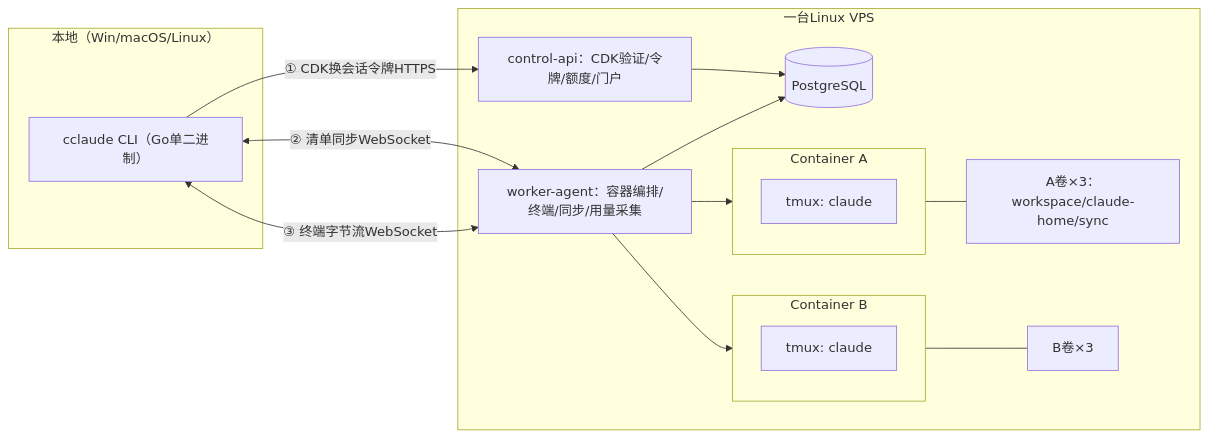
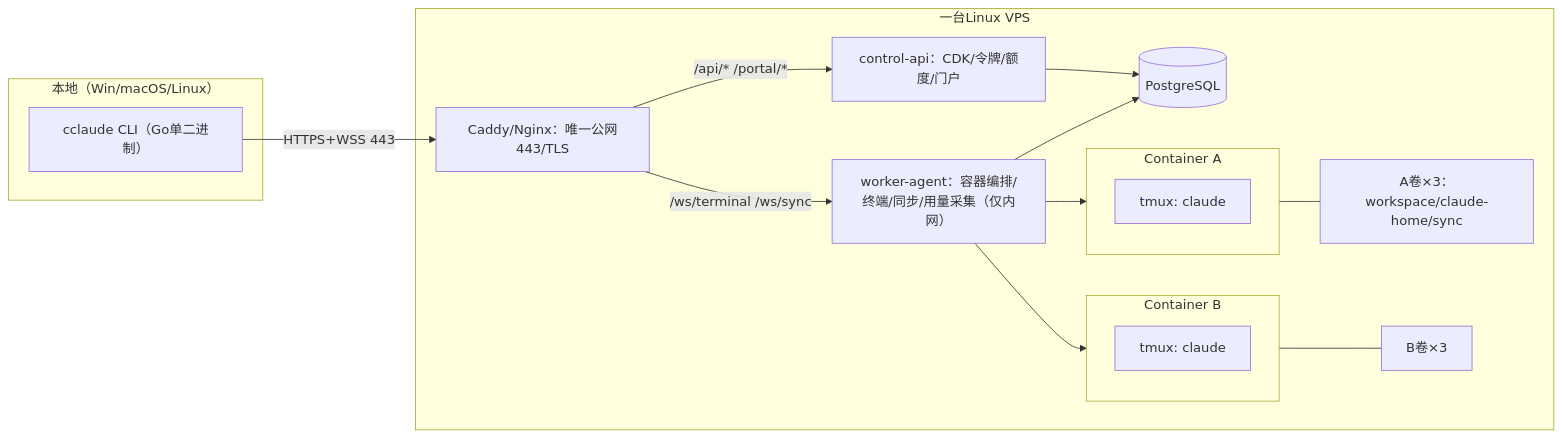
Before and after one commit to zhangcm3581/ccw: the diagram in docs/superpowers/specs/2026-07-19-remote-claude-workspace-design.md, drawn with Mermaid. The commit also changed other lines of this file and 3 other files, not shown here.

````diff
--- a/docs/superpowers/specs/2026-07-19-remote-claude-workspace-design.md
+++ b/docs/superpowers/specs/2026-07-19-remote-claude-workspace-design.md
@@ -64,27 +67,28 @@
 ```mermaid
 flowchart LR
     subgraph LOCAL["本地（Win/macOS/Linux）"]
         CLI["cclaude CLI（Go单二进制）"]
     end
     subgraph VPS["一台Linux VPS"]
-        API["control-api：CDK验证/令牌/额度/门户"]
-        AGENT["worker-agent：容器编排/终端/同步/用量采集"]
+        RP["Caddy/Nginx：唯一公网443/TLS"]
+        API["control-api：CDK/令牌/额度/门户"]
+        AGENT["worker-agent：容器编排/终端/同步/用量采集（仅内网）"]
         DB[("PostgreSQL")]
         subgraph CA["Container A"]
             TA["tmux: claude"]
         end
         subgraph CB["Container B"]
             TB["tmux: claude"]
         end
         VOLA["A卷×3：workspace/claude-home/sync"]
         VOLB["B卷×3"]
     end
-    CLI -->|"① CDK换会话令牌HTTPS"| API
-    CLI <-->|"② 清单同步WebSocket"| AGENT
-    CLI <-->|"③ 终端字节流WebSocket"| AGENT
+    CLI -->|"HTTPS+WSS 443"| RP
+    RP -->|"/api/* /portal/*"| API
+    RP -->|"/ws/terminal /ws/sync"| AGENT
     API --> DB
     AGENT --> DB
     AGENT --> CA & CB
     CA --- VOLA
     CB --- VOLB
 ```
````
